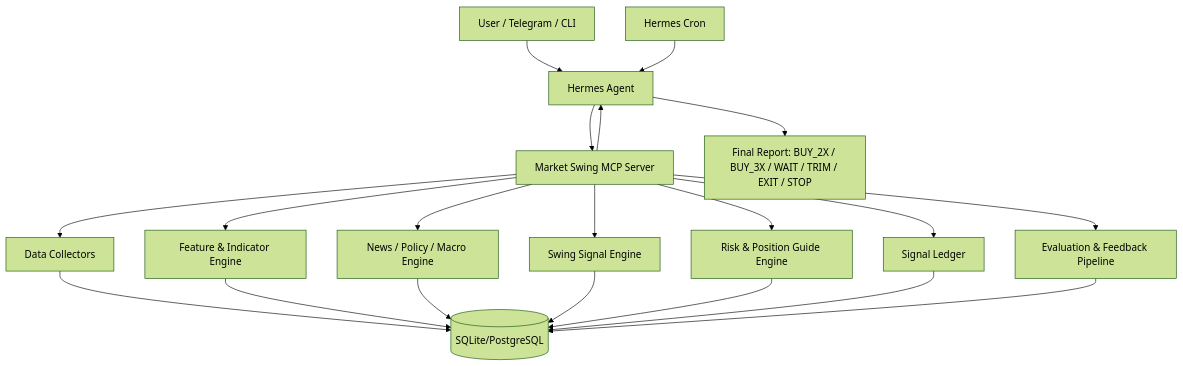
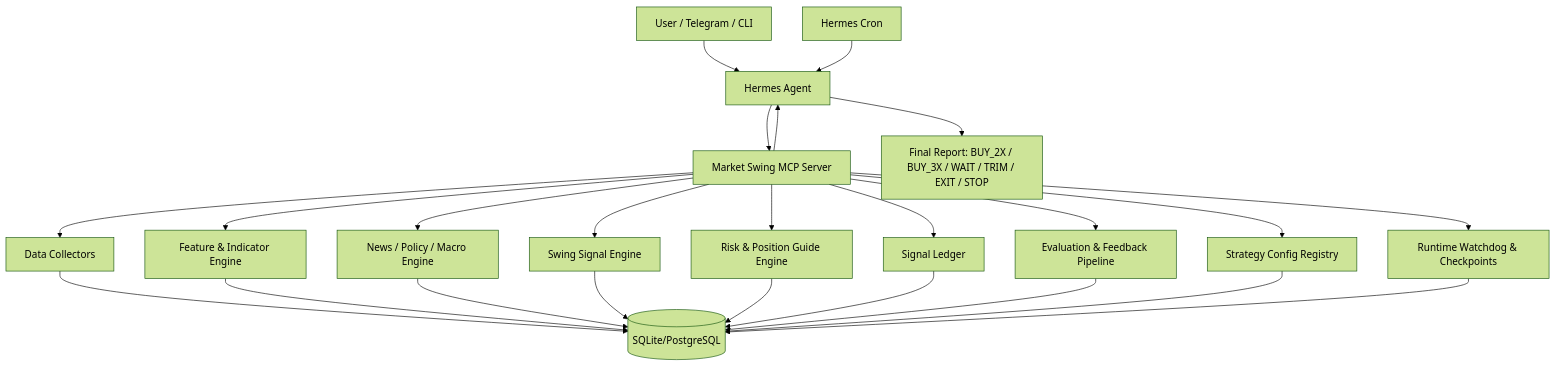
Before and after one commit to firewine/halo-swing: the diagram in docs/halo-swing-development-plan.md, drawn with Mermaid (forest theme). The commit also changed other lines of this file and 16 other files, not shown here.

````diff
--- a/docs/halo-swing-development-plan.md
+++ b/docs/halo-swing-development-plan.md
@@ -162,25 +168,29 @@
 ```mermaid
 flowchart TD
     U["User / Telegram / CLI"] --> H["Hermes Agent"]
     C["Hermes Cron"] --> H
     H --> M["Market Swing MCP Server"]
 
     M --> D["Data Collectors"]
     M --> F["Feature & Indicator Engine"]
     M --> N["News / Policy / Macro Engine"]
     M --> S["Swing Signal Engine"]
     M --> R["Risk & Position Guide Engine"]
     M --> L["Signal Ledger"]
     M --> E["Evaluation & Feedback Pipeline"]
+    M --> CFG["Strategy Config Registry"]
+    M --> W["Runtime Watchdog & Checkpoints"]
 
     D --> DB[("SQLite/PostgreSQL")]
     F --> DB
     N --> DB
     S --> DB
     R --> DB
     L --> DB
     E --> DB
+    CFG --> DB
+    W --> DB
 
     M --> H
     H --> O["Final Report: BUY_2X / BUY_3X / WAIT / TRIM / EXIT / STOP"]
 ```
````
